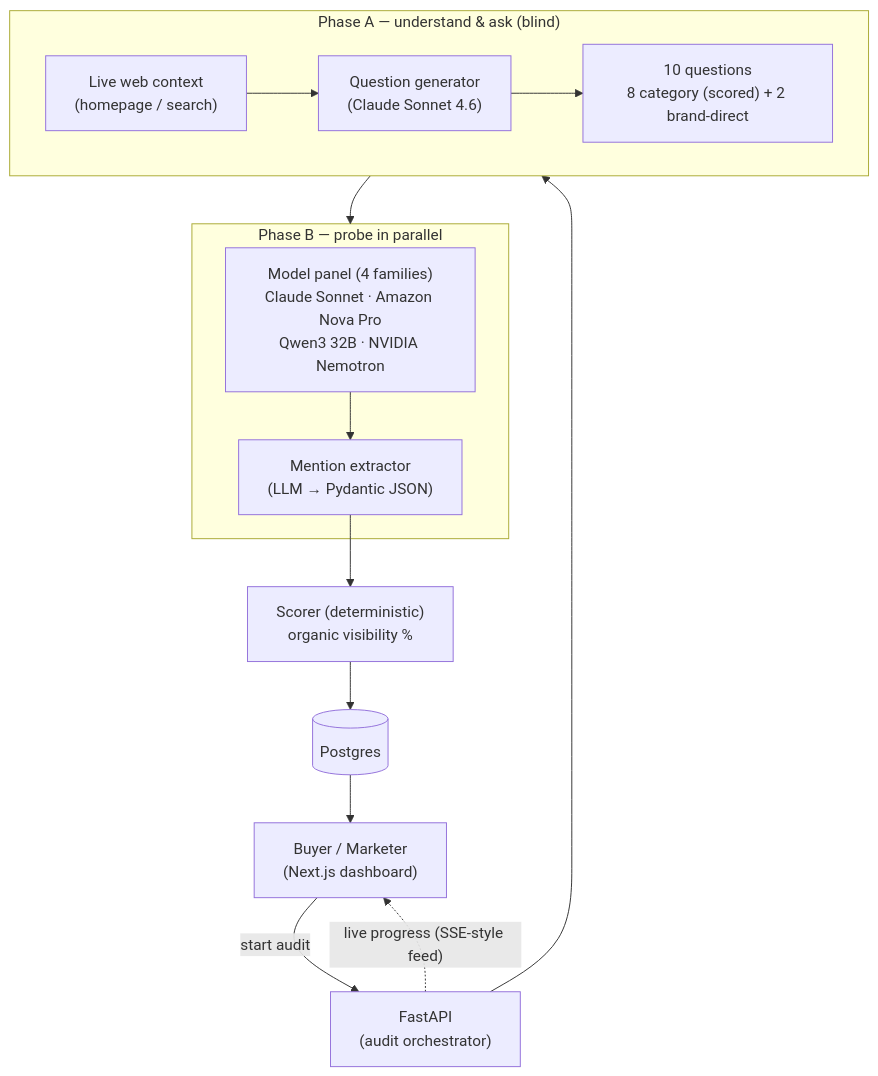
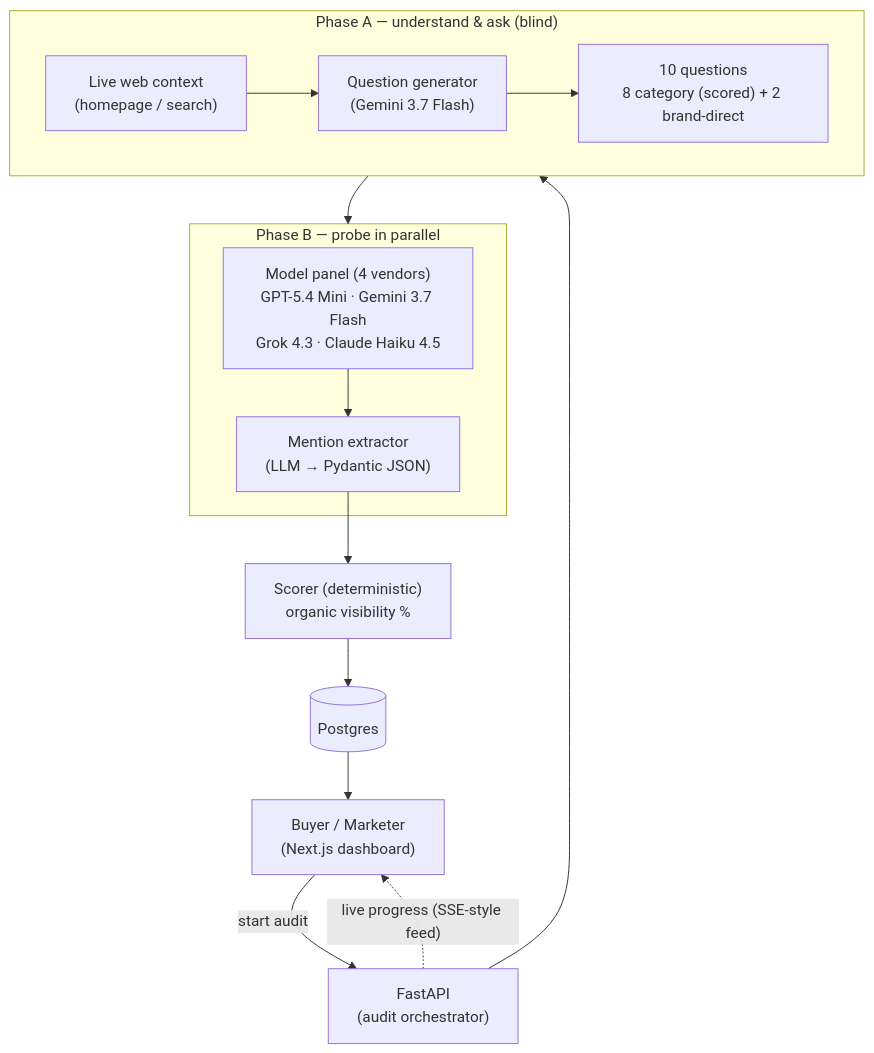
Before and after one commit to Rahul2899/aura-ai-visibility: the diagram in README.md, drawn with Mermaid. The commit also changed other lines of this file and 12 other files, not shown here.

````diff
--- a/README.md
+++ b/README.md
@@ -85,21 +85,21 @@
 ```mermaid
 graph TD
     User["Buyer / Marketer<br/>(Next.js dashboard)"] -->|start audit| API["FastAPI<br/>(audit orchestrator)"]
 
     subgraph Phase_A["Phase A — understand & ask (blind)"]
         Web["Live web context<br/>(homepage / search)"] --> Gen
-        Gen["Question generator<br/>(Claude Sonnet 4.6)"] --> Qs["10 questions<br/>8 category (scored) + 2 brand-direct"]
+        Gen["Question generator<br/>(Gemini 3.7 Flash)"] --> Qs["10 questions<br/>8 category (scored) + 2 brand-direct"]
     end
 
     subgraph Phase_B["Phase B — probe in parallel"]
-        Panel["Model panel (4 families)<br/>Claude Sonnet · Amazon Nova Pro<br/>Qwen3 32B · NVIDIA Nemotron"]
+        Panel["Model panel (4 vendors)<br/>GPT-5.4 Mini · Gemini 3.7 Flash<br/>Grok 4.3 · Claude Haiku 4.5"]
         Extract["Mention extractor<br/>(LLM → Pydantic JSON)"]
         Panel --> Extract
     end
 
     API --> Phase_A --> Phase_B
     Extract --> Score["Scorer (deterministic)<br/>organic visibility %"]
     Score --> DB[("Postgres")]
     DB --> User
     API -. live progress (SSE-style feed) .-> User
 ```
````
